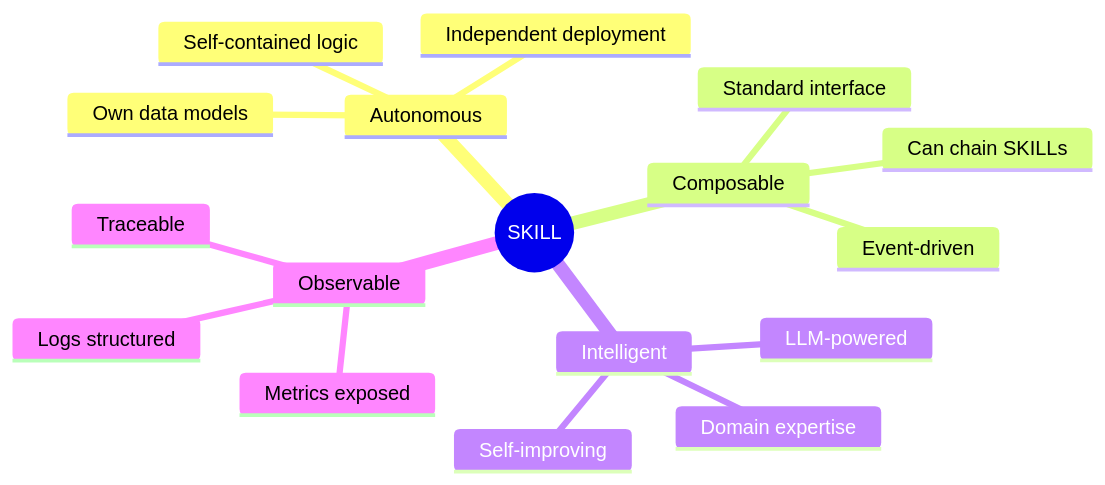
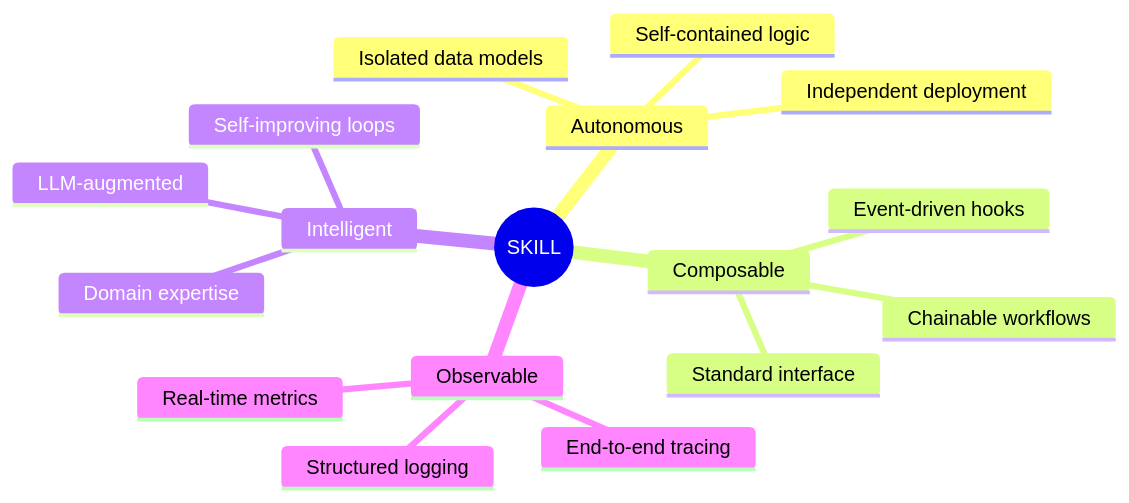
One commit to YaG-Lab/SpecHire changed the first of 2 diagrams in docs/2_architecture/03_skill_architecture_pattern.md. Above: the diagram before and after it, drawn with Mermaid. The commit also changed other lines of this file and 2 other files, not shown here.

First line of the commit message:
docs: update architecture diagrams with improved formatting and clarity

````diff
--- a/docs/2_architecture/03_skill_architecture_pattern.md
+++ b/docs/2_architecture/03_skill_architecture_pattern.md
@@ -12,20 +13,20 @@
 ```mermaid
 mindmap
   root((SKILL))
     Autonomous
       Self-contained logic
       Independent deployment
-      Own data models
+      Isolated data models
     Composable
       Standard interface
-      Can chain SKILLs
-      Event-driven
+      Chainable workflows
+      Event-driven hooks
     Intelligent
       Domain expertise
-      LLM-powered
-      Self-improving
+      LLM-augmented
+      Self-improving loops
     Observable
-      Metrics exposed
-      Logs structured
-      Traceable
+      Real-time metrics
+      Structured logging
+      End-to-end tracing
 ```
````
